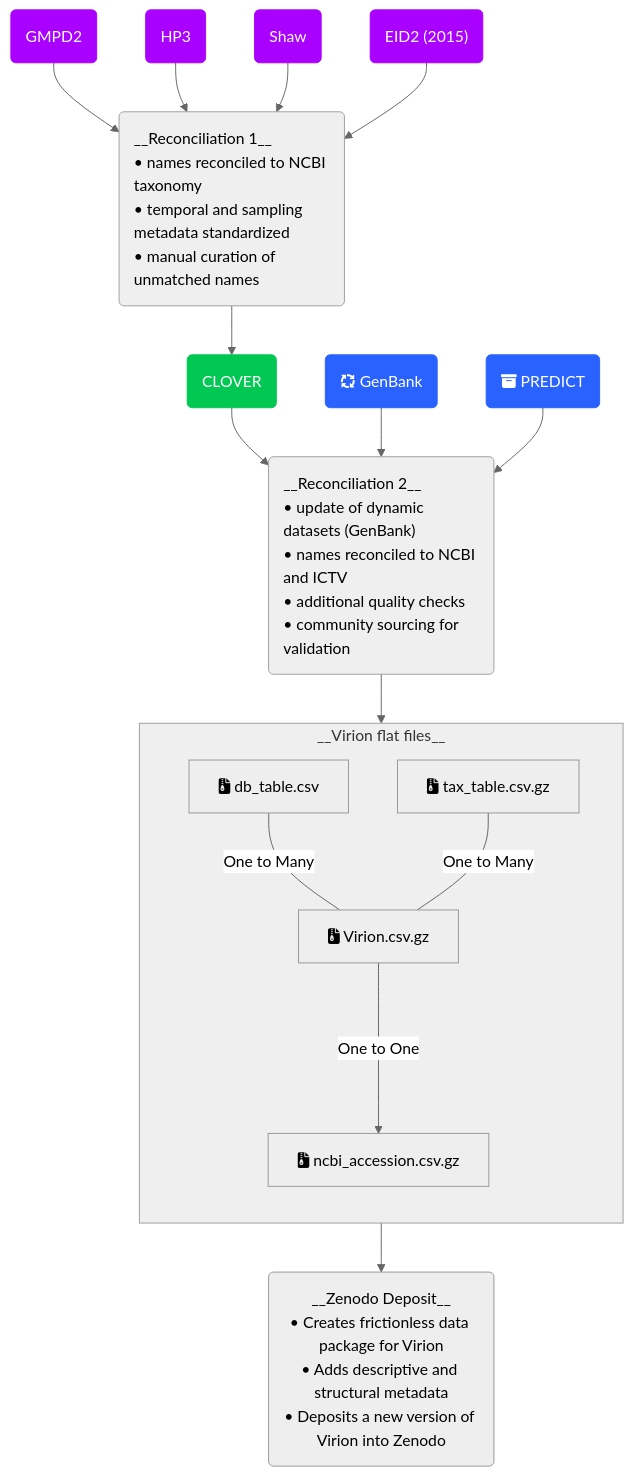
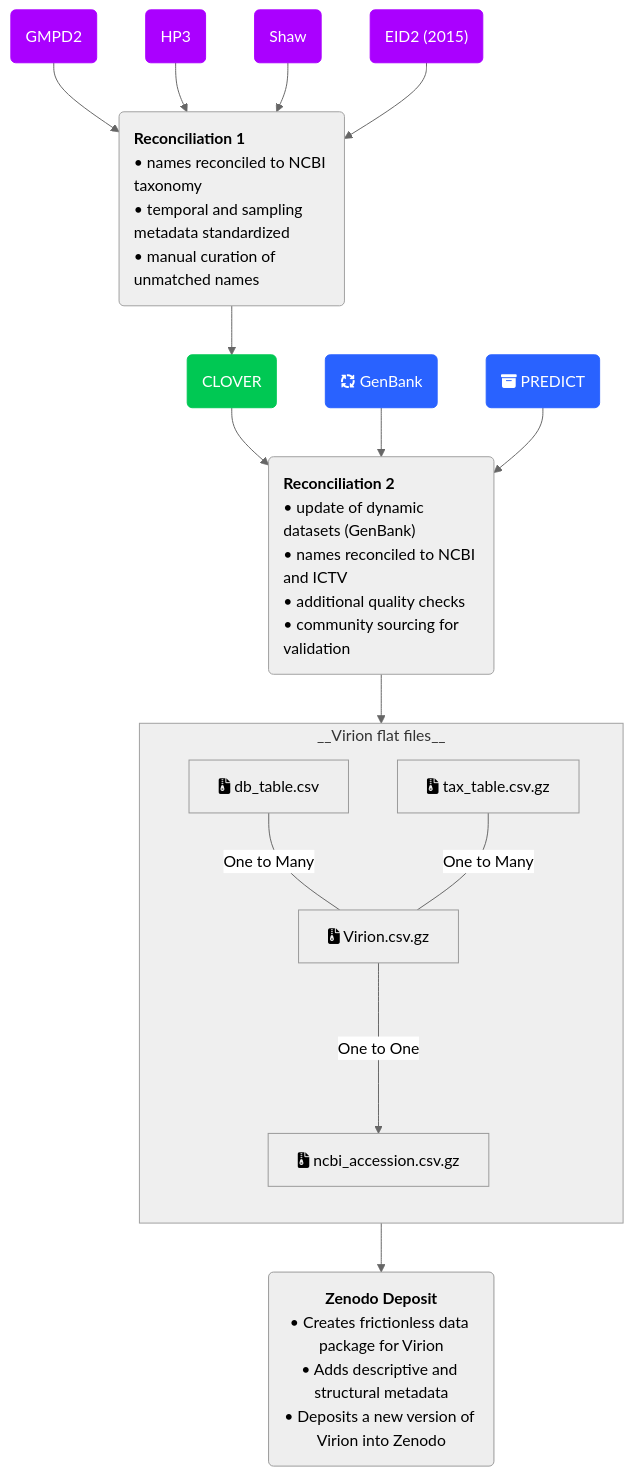
The diagram in README.md (viralemergence/virion), drawn with Mermaid (neutral theme) before and after one commit.

Commit message:
adding markdown backticks to mermaid text components

````diff
--- a/README.md
+++ b/README.md
@@ -63,81 +63,81 @@
 ```mermaid
 flowchart TB
 
 %% Nodes
     GMPD2("GMPD2")
     HP3("HP3")
     Shaw("Shaw")
     EID2("EID2 (2015)")
 
-    RECON1("
+    RECON1("`
 __Reconciliation 1__
 • names reconciled to NCBI taxonomy
 • temporal and sampling metadata standardized
 • manual curation of unmatched names
-")
+`")
 
     style RECON1 text-align:left, fill:#efefef, stroke:#a0a0a0;
     style RECON2 text-align:left, fill:#efefef, stroke:#a0a0a0;
 
     CLOVER("CLOVER")
 
     GenBank("fa:fa-arrows-spin GenBank")
 
     PREDICT("fa:fa-box-archive PREDICT")
 
-    RECON2("__Reconciliation 2__
+    RECON2("`__Reconciliation 2__
 • update of dynamic datasets (GenBank)
 • names reconciled to NCBI and ICTV
 • additional quality checks
 • community sourcing for validation
-")
+`")
 
 
     subgraph virion[__Virion flat files__]
         Virion["fa:fa-file-zipper Virion.csv.gz"]
         db_table["fa:fa-file-zipper db_table.csv"]
         tax_table["fa:fa-file-zipper tax_table.csv.gz"]
         ncbi_accession["fa:fa-file-zipper ncbi_accession.csv.gz"]
         direction TB
         db_table --"One to Many"--- Virion
         tax_table --"One to Many"--- Virion
         Virion --"One to One"---> ncbi_accession
     end
 
     style virion stroke:#a0a0a0, fill:#efefef;
 
-    ZenodoDeposit("
+    ZenodoDeposit("`
 __Zenodo Deposit__
 • Creates frictionless data package for Virion
 • Adds descriptive and structural metadata
 • Deposits a new version of Virion into Zenodo
-")
+`")
 
 %% Edge connections between nodes
     GMPD2 --> RECON1;
     HP3 --> RECON1;
     Shaw --> RECON1;
     EID2 --> RECON1;
     RECON1 --> CLOVER;
 
     CLOVER --> RECON2;
     GenBank --> RECON2;
     PREDICT --> RECON2;
 
     RECON2 --> virion;
 
     virion --> ZenodoDeposit;
 
 %% Individual node styling. Try the visual editor toolbar for easier styling!
     style GMPD2 color:#FFFFFF, fill:#AA00FF, stroke:#AA00FF
     style HP3 color:#FFFFFF, fill:#AA00FF, stroke:#AA00FF
     style Shaw color:#FFFFFF, fill:#AA00FF, stroke:#AA00FF
     style EID2 color:#FFFFFF, fill:#AA00FF, stroke:#AA00FF
 
     style CLOVER color:#FFFFFF, stroke:#00C853, fill:#00C853
 
     style GenBank color:#FFFFFF, stroke:#2962FF, fill:#2962FF
     style PREDICT color:#FFFFFF, stroke:#2962FF, fill:#2962FF
 
 %% You can add notes with two "%" signs in a row!
 ```
````
